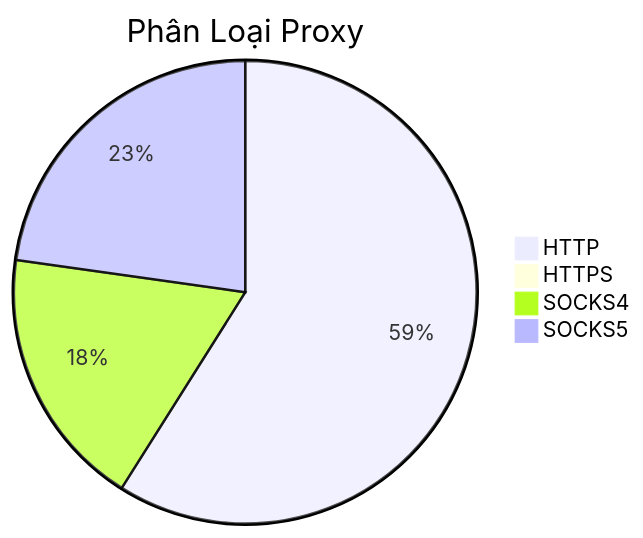
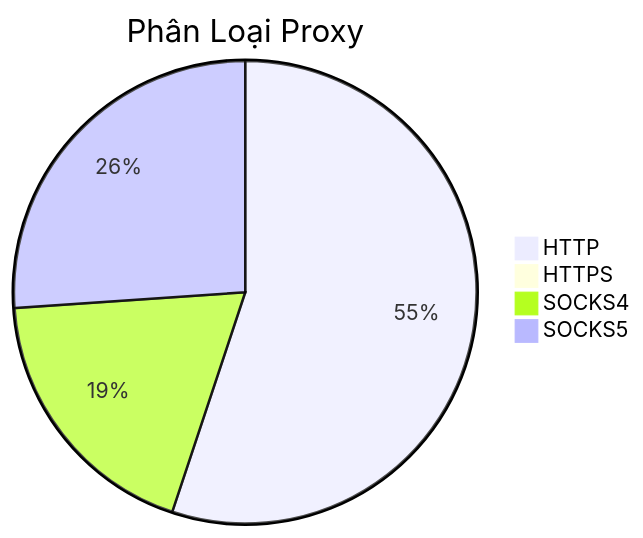
The diagram in README.md (Ciara-12/PROXY-free), drawn with Mermaid before and after one commit. The commit also changed other lines of this file and 3 other files, not shown here.

````diff
--- a/README.md
+++ b/README.md
@@ -26,7 +26,7 @@
 ```mermaid
 pie title Phân Loại Proxy
-    "HTTP" : 1010
+    "HTTP" : 885
     "HTTPS" : 0
-    "SOCKS4" : 313
-    "SOCKS5" : 390
+    "SOCKS4" : 302
+    "SOCKS5" : 419
 ```
````
